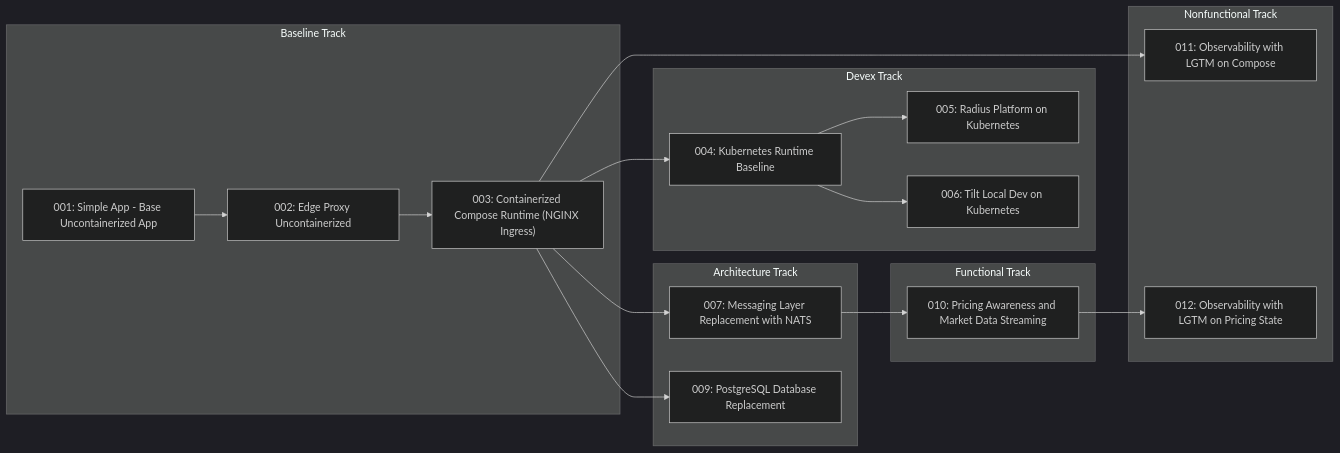
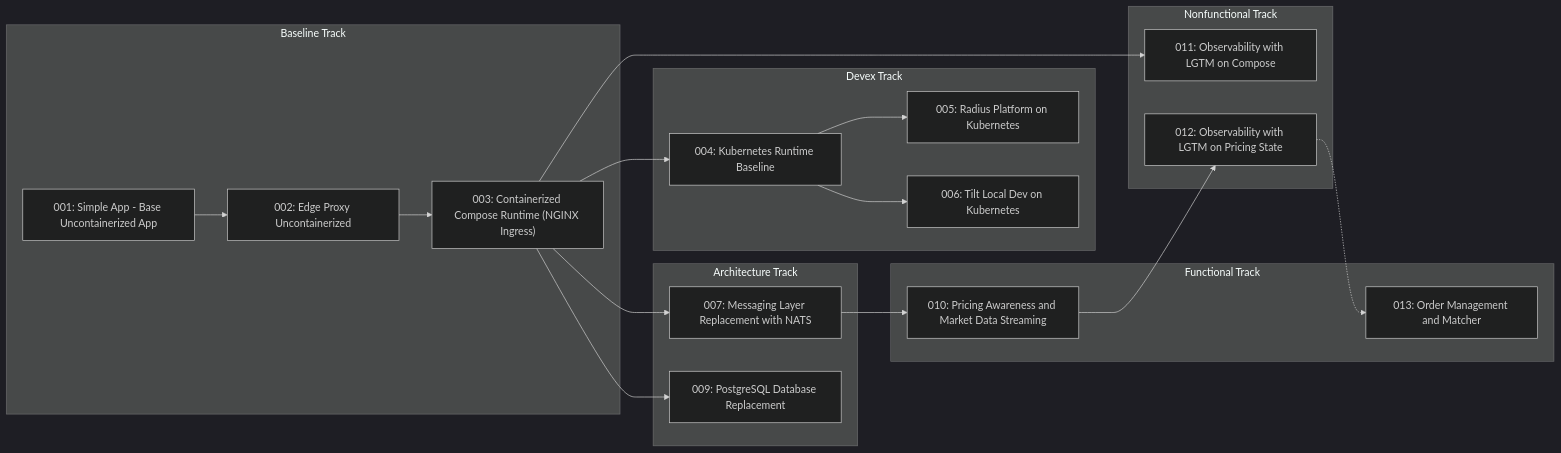
Before and after one commit to finos/traderX: the second of 2 diagrams in docs/spec-kit/visual-learning-graphs.md, drawn with Mermaid (dark theme). The commit also changed other lines of this file and 31 other files, not shown here.

Commit message:
Add state 013 Spring order matcher and ADR for 011/012 observability

````diff
--- a/docs/spec-kit/visual-learning-graphs.md
+++ b/docs/spec-kit/visual-learning-graphs.md
@@ -65,34 +69,36 @@
 ```mermaid
 flowchart LR
   subgraph BASELINE["Baseline Track"]
     S001_baseline_uncontainerized_parity["001: Simple App - Base Uncontainerized App"]
     S002_edge_proxy_uncontainerized["002: Edge Proxy Uncontainerized"]
     S003_containerized_compose_runtime["003: Containerized Compose Runtime (NGINX Ingress)"]
   end
   subgraph DEVEX["Devex Track"]
     S004_kubernetes_runtime["004: Kubernetes Runtime Baseline"]
     S005_radius_kubernetes_platform["005: Radius Platform on Kubernetes"]
     S006_tilt_kubernetes_dev_loop["006: Tilt Local Dev on Kubernetes"]
   end
   subgraph ARCHITECTURE["Architecture Track"]
     S007_messaging_nats_replacement["007: Messaging Layer Replacement with NATS"]
     S009_postgres_database_replacement["009: PostgreSQL Database Replacement"]
   end
   subgraph FUNCTIONAL["Functional Track"]
     S010_pricing_awareness_market_data["010: Pricing Awareness and Market Data Streaming"]
+    S013_order_management_matcher["013: Order Management and Matcher"]
   end
   subgraph NONFUNCTIONAL["Nonfunctional Track"]
     S011_observability_lgtm_compose["011: Observability with LGTM on Compose"]
     S012_observability_on_pricing["012: Observability with LGTM on Pricing State"]
   end
   S001_baseline_uncontainerized_parity --> S002_edge_proxy_uncontainerized
   S002_edge_proxy_uncontainerized --> S003_containerized_compose_runtime
   S003_containerized_compose_runtime --> S004_kubernetes_runtime
   S004_kubernetes_runtime --> S005_radius_kubernetes_platform
   S004_kubernetes_runtime --> S006_tilt_kubernetes_dev_loop
   S003_containerized_compose_runtime --> S007_messaging_nats_replacement
   S003_containerized_compose_runtime --> S009_postgres_database_replacement
   S007_messaging_nats_replacement --> S010_pricing_awareness_market_data
   S003_containerized_compose_runtime --> S011_observability_lgtm_compose
   S010_pricing_awareness_market_data --> S012_observability_on_pricing
+  S012_observability_on_pricing -.-> S013_order_management_matcher
 ```
````
